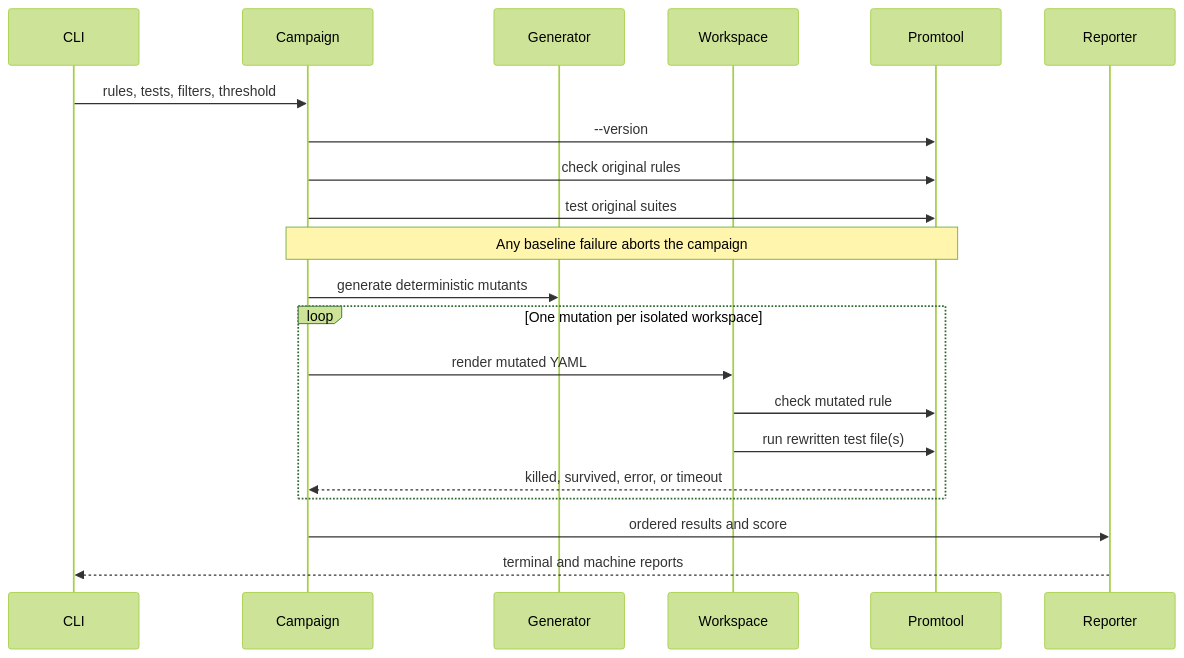
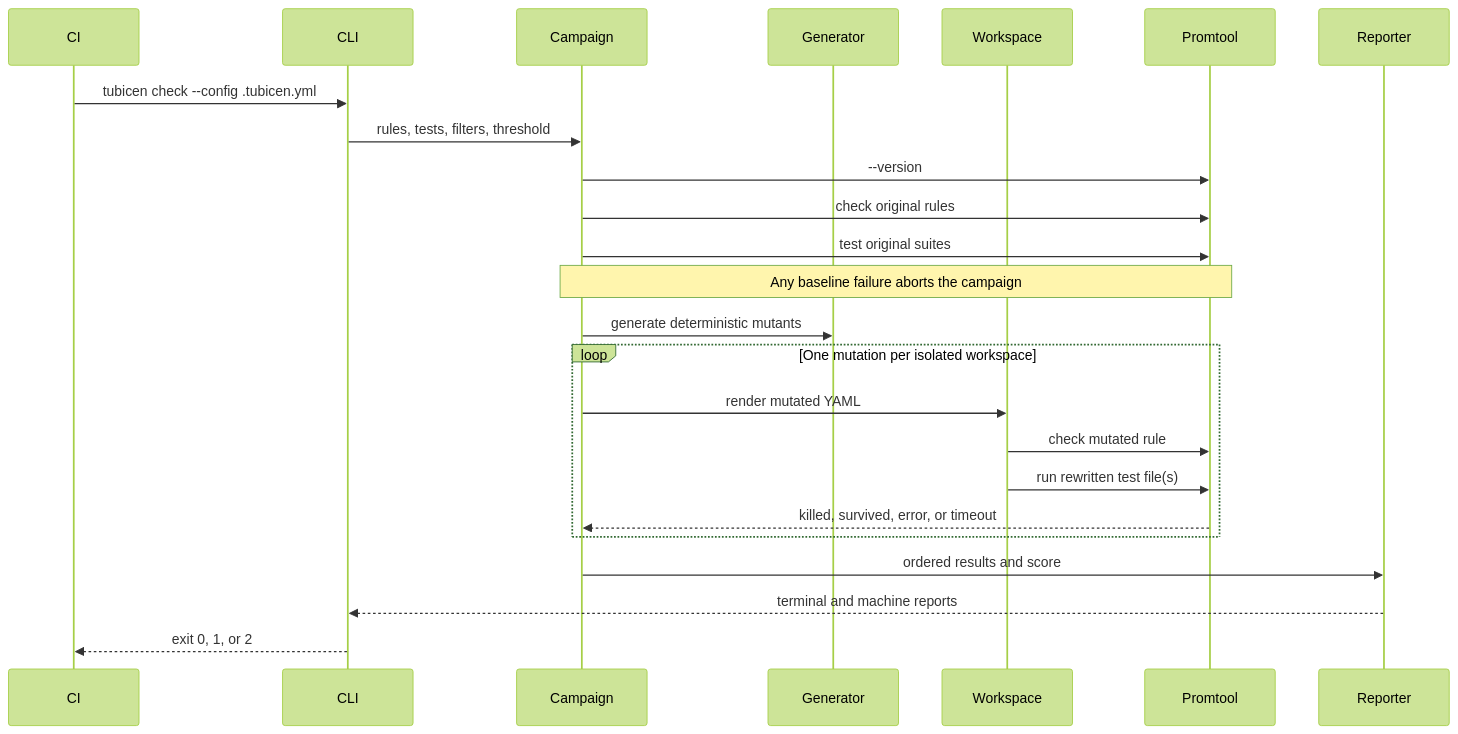
Before and after one commit to iahsanGill/tubicen: the third of 3 diagrams in docs/architecture.md, drawn with Mermaid (forest theme). The commit also changed other lines of this file and 34 other files, not shown here.

````diff
--- a/docs/architecture.md
+++ b/docs/architecture.md
@@ -44,24 +67,27 @@
 ```mermaid
 sequenceDiagram
+    participant CI
     participant CLI
     participant Campaign
     participant Generator
     participant Workspace
     participant Promtool
     participant Reporter
 
+    CI->>CLI: tubicen check --config .tubicen.yml
     CLI->>Campaign: rules, tests, filters, threshold
     Campaign->>Promtool: --version
     Campaign->>Promtool: check original rules
     Campaign->>Promtool: test original suites
     Note over Campaign,Promtool: Any baseline failure aborts the campaign
     Campaign->>Generator: generate deterministic mutants
     loop One mutation per isolated workspace
         Campaign->>Workspace: render mutated YAML
         Workspace->>Promtool: check mutated rule
         Workspace->>Promtool: run rewritten test file(s)
         Promtool-->>Campaign: killed, survived, error, or timeout
     end
     Campaign->>Reporter: ordered results and score
     Reporter-->>CLI: terminal and machine reports
+    CLI-->>CI: exit 0, 1, or 2
 ```
````
